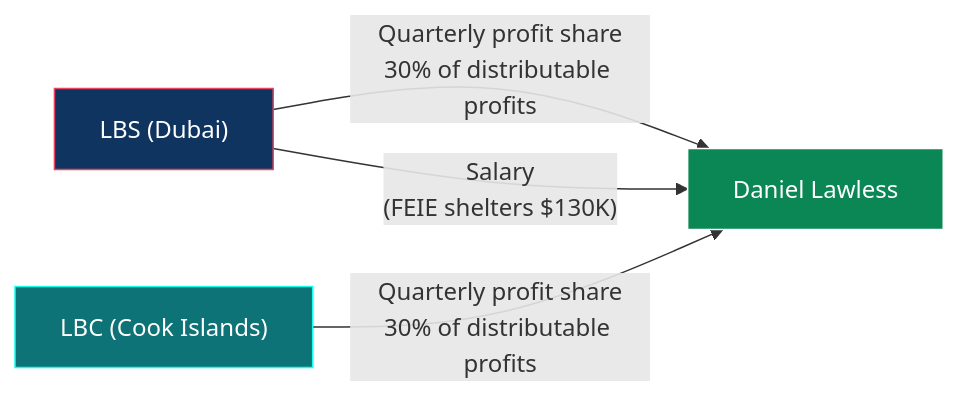
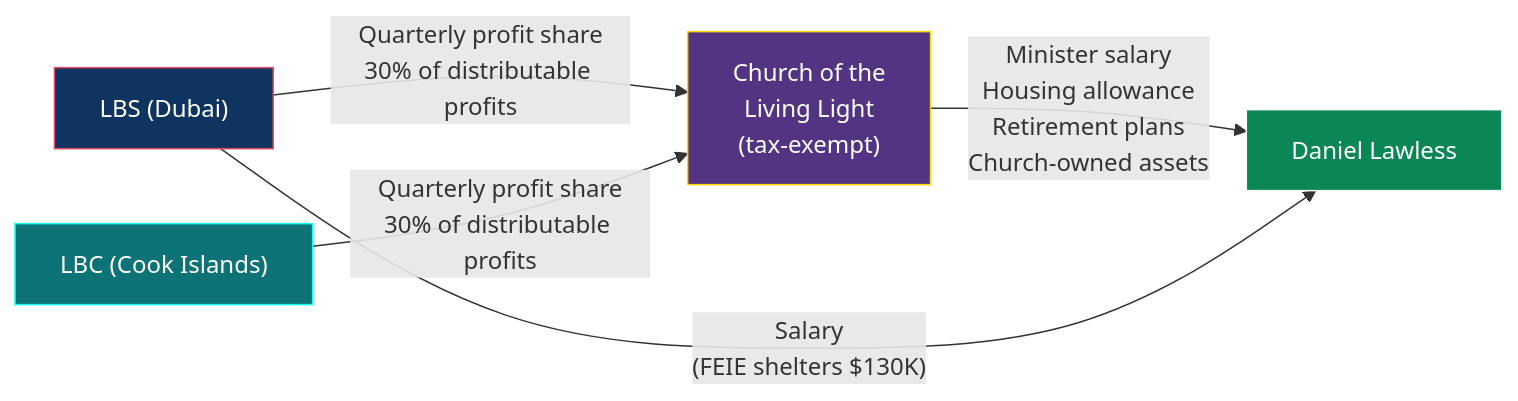
One commit to Light-Brands/epic-center changed the second of 5 diagrams in docs/tax-structure/10-LB-PROFIT-PARTICIPATION-FRAMEWORK.md. Above: the diagram before and after it, drawn with Mermaid. The commit also changed other lines of this file and 4 other files, not shown here.

````diff
--- a/docs/tax-structure/10-LB-PROFIT-PARTICIPATION-FRAMEWORK.md
+++ b/docs/tax-structure/10-LB-PROFIT-PARTICIPATION-FRAMEWORK.md
@@ -129,10 +147,12 @@
 ```mermaid
 graph LR
-    LBS_D["LBS (Dubai)"] -->|"Quarterly profit share<br/>30% of distributable profits"| DL["Daniel Lawless"]
-    LBC_D["LBC (Cook Islands)"] -->|"Quarterly profit share<br/>30% of distributable profits"| DL
+    LBS_D["LBS (Dubai)"] -->|"Quarterly profit share<br/>30% of distributable profits"| CHURCH["Church of the<br/>Living Light<br/>(tax-exempt)"]
+    LBC_D["LBC (Cook Islands)"] -->|"Quarterly profit share<br/>30% of distributable profits"| CHURCH
+    CHURCH -->|"Minister salary<br/>Housing allowance<br/>Retirement plans<br/>Church-owned assets"| DL["Daniel Lawless"]
     LBS_D -->|"Salary<br/>(FEIE shelters $130K)"| DL
 
     style LBS_D fill:#0f3460,stroke:#e94560,color:#fff
     style LBC_D fill:#0d7377,stroke:#14ffec,color:#fff
+    style CHURCH fill:#533483,stroke:#ffd700,color:#fff
     style DL fill:#0a8754,stroke:#fff,color:#fff
 ```
````
